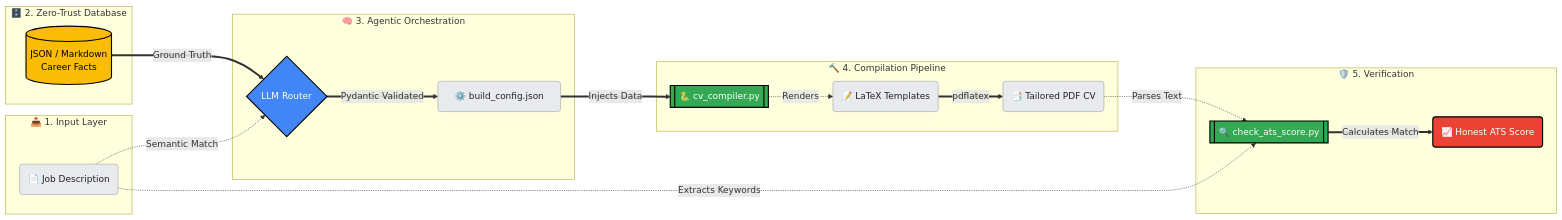
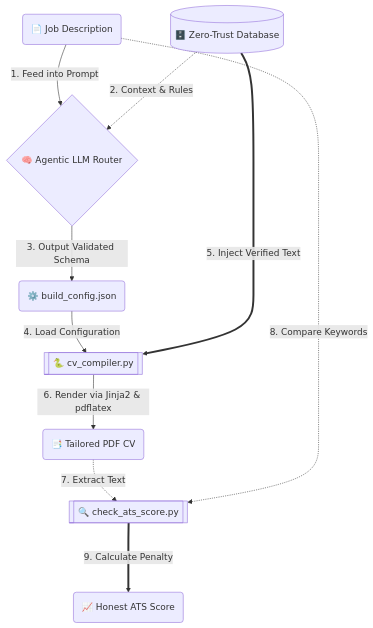
One commit to Gotili/EigenCV changed the diagram in README.md. Above: the diagram before and after it, drawn with Mermaid.

Commit message:
again mermaid update

````diff
--- a/README.md
+++ b/README.md
@@ -85,53 +85,26 @@
 ```mermaid
-flowchart LR
-    %% Subgraphs for Architectural Separation
-    subgraph Input ["📥 1. Input Layer"]
-        JD(📄 Job Description)
-    end
+flowchart TD
+    %% Nodes
+    JD(📄 Job Description)
+    DB[(🗄️ Zero-Trust Database)]
+    LLM{🧠 Agentic LLM Router}
+    Config(⚙️ build_config.json)
+    Compiler[[🐍 cv_compiler.py]]
+    PDF(📑 Tailored PDF CV)
+    ATS[[🔍 check_ats_score.py]]
+    Score(📈 Honest ATS Score)
 
-    subgraph Data ["🗄️ 2. Zero-Trust Database"]
-        DB[(JSON / Markdown\nCareer Facts)]
-    end
-
-    subgraph AI_Layer ["🧠 3. Agentic Orchestration"]
-        Router{LLM Router}
-        Config[⚙️ build_config.json]
-    end
-
-    subgraph Build ["🔨 4. Compilation Pipeline"]
-        Compiler[[🐍 cv_compiler.py]]
-        TEX(📝 LaTeX Templates)
-        PDF(📑 Tailored PDF CV)
-    end
-
-    subgraph Verif ["🛡️ 5. Verification"]
-        ATS[[🔍 check_ats_score.py]]
-        Log(📈 Honest ATS Score)
-    end
-
-    %% Workflow
-    JD -.->|Semantic Match| Router
-    DB ==>|Ground Truth| Router
-    Router ==>|Pydantic Validated| Config
+    %% Logical Flow
+    JD -->|1. Feed into Prompt| LLM
+    DB -.->|2. Context & Rules| LLM
+    LLM -->|3. Output Validated Schema| Config
     
-    Config ==>|Injects Data| Compiler
-    Compiler -.->|Renders| TEX
-    TEX ==>|pdflatex| PDF
+    Config -->|4. Load Configuration| Compiler
+    DB ===>|5. Inject Verified Text| Compiler
     
-    PDF -.->|Parses Text| ATS
-    JD -.->|Extracts Keywords| ATS
-    ATS ==>|Calculates Match| Log
-
-    %% Styling to make it look premium
-    classDef primary fill:#4285F4,stroke:#000,stroke-width:2px,color:#fff,rx:5px,ry:5px;
-    classDef secondary fill:#34A853,stroke:#000,stroke-width:2px,color:#fff,rx:5px,ry:5px;
-    classDef database fill:#FBBC05,stroke:#000,stroke-width:2px,color:#000,rx:5px,ry:5px;
-    classDef warning fill:#EA4335,stroke:#000,stroke-width:2px,color:#fff,rx:5px,ry:5px;
-    classDef file fill:#E8EAED,stroke:#9AA0A6,stroke-width:1px,color:#202124,rx:5px,ry:5px;
+    Compiler -->|6. Render via Jinja2 & pdflatex| PDF
     
-    class Router primary;
-    class Compiler,ATS secondary;
-    class DB database;
-    class Log warning;
-    class JD,Config,TEX,PDF file;
+    PDF -.->|7. Extract Text| ATS
+    JD -.->|8. Compare Keywords| ATS
+    ATS ===>|9. Calculate Penalty| Score
 ```
````
